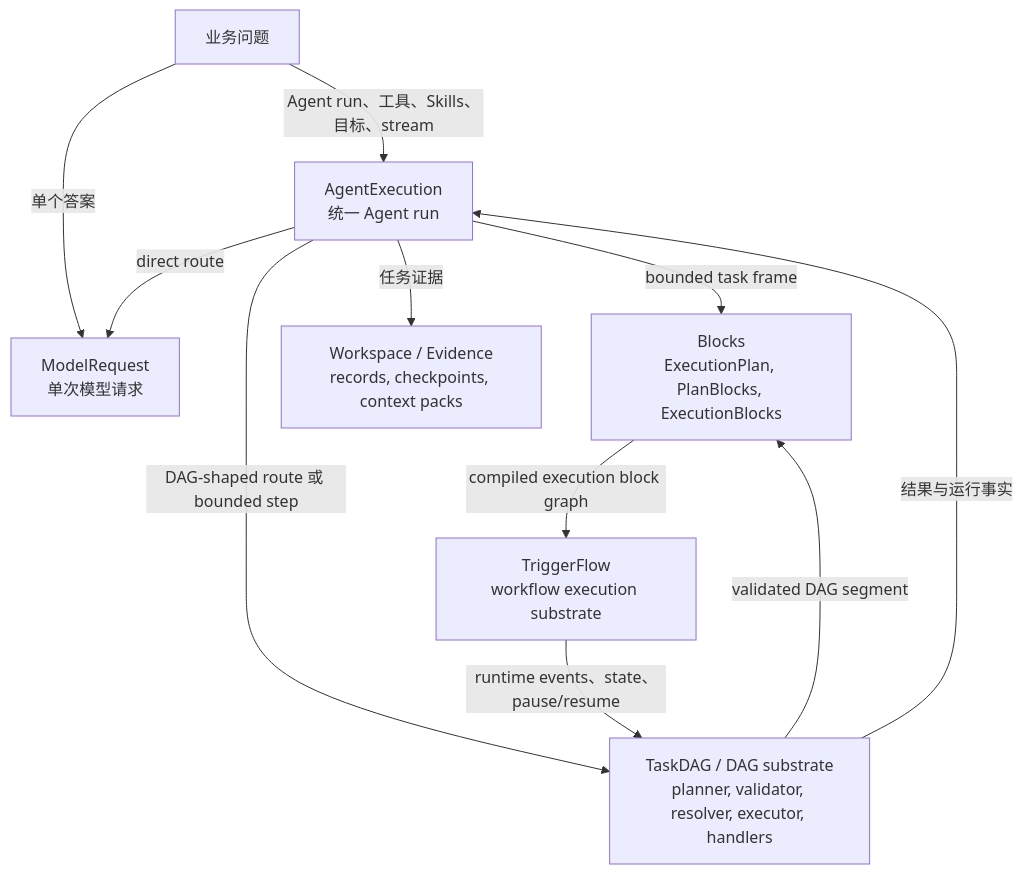
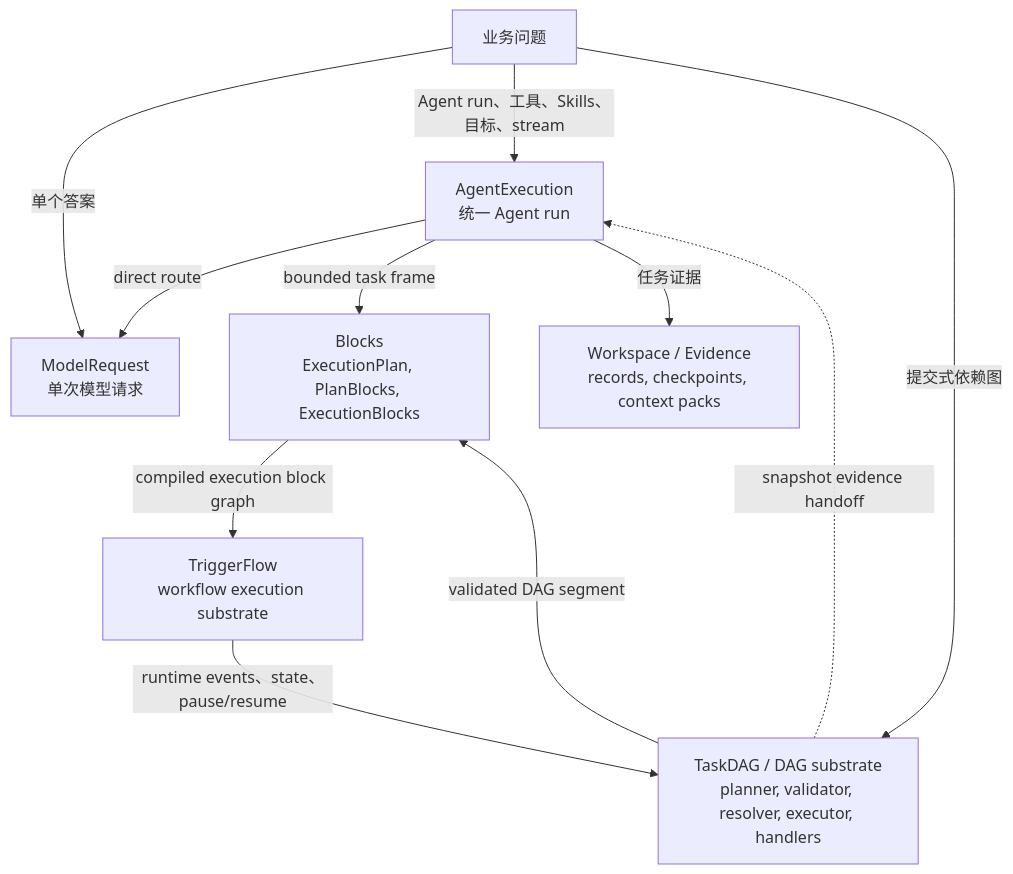
Before and after one commit to reconsumeralization/Agently: the first of 2 diagrams in docs/cn/reference/execution-layer-selection.md, drawn with Mermaid. The commit also changed other lines of this file and 1 other file, not shown here.

Commit message:
docs: clarify TaskDAG evidence boundary

````diff
--- a/docs/cn/reference/execution-layer-selection.md
+++ b/docs/cn/reference/execution-layer-selection.md
@@ -18,21 +18,21 @@
 ```mermaid
 flowchart TD
     business["业务问题"]
     model_request["ModelRequest\n单次模型请求"]
     agent_execution["AgentExecution\n统一 Agent run"]
     task_dag["TaskDAG / DAG substrate\nplanner, validator, resolver, executor, handlers"]
     blocks["Blocks\nExecutionPlan, PlanBlocks, ExecutionBlocks"]
     triggerflow["TriggerFlow\nworkflow execution substrate"]
     workspace["Workspace / Evidence\nrecords, checkpoints, context packs"]
 
     business -->|"单个答案"| model_request
     business -->|"Agent run、工具、Skills、目标、stream"| agent_execution
+    business -->|"提交式依赖图"| task_dag
     agent_execution -->|"direct route"| model_request
     agent_execution -->|"bounded task frame"| blocks
-    agent_execution -->|"DAG-shaped route 或 bounded step"| task_dag
     task_dag -->|"validated DAG segment"| blocks
     blocks -->|"compiled execution block graph"| triggerflow
     agent_execution -->|"任务证据"| workspace
-    task_dag -->|"结果与运行事实"| agent_execution
+    task_dag -.->|"snapshot evidence handoff"| agent_execution
     triggerflow -->|"runtime events、state、pause/resume"| task_dag
 ```
````
